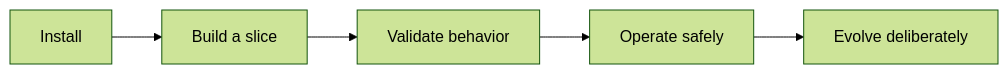
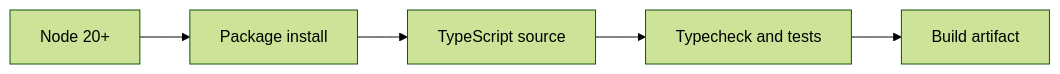
Before and after one commit to jeffersoncampos12p-dev/jeston: the diagram in path/to/docs/start/installation.mdx, drawn with Mermaid (forest theme). The commit also changed other lines of this file and 31 other files, not shown here.

````diff
--- a/path/to/docs/start/installation.mdx
+++ b/path/to/docs/start/installation.mdx
@@ -88,7 +51,7 @@
 ```mermaid placement="top-right"
 flowchart LR
-    install[Install] --> build[Build a slice]
-    build --> validate[Validate behavior]
-    validate --> operate[Operate safely]
-    operate --> evolve[Evolve deliberately]
+    runtime[Node 20+] --> package[Package install]
+    package --> source[TypeScript source]
+    source --> check[Typecheck and tests]
+    check --> artifact[Build artifact]
 ```
````
